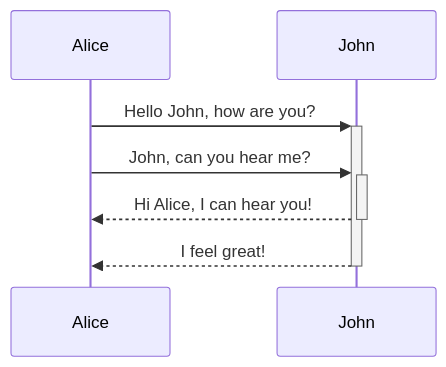
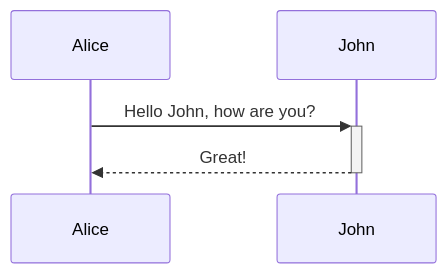
Before and after one commit to WeeBeasties/WeeBeasties.github.io: the diagram in _posts/2018-04-06-Practice-Post.md, drawn with Mermaid.

Commit message:
edit more

```diff
--- a/_posts/2018-04-06-Practice-Post.md
+++ b/_posts/2018-04-06-Practice-Post.md
@@ -26,7 +26,5 @@
 <div class="mermaid">  
 sequenceDiagram
     Alice->>+John: Hello John, how are you?
-    Alice->>+John: John, can you hear me?
-    John-->>-Alice: Hi Alice, I can hear you!
-    John-->>-Alice: I feel great!
+    John-->>-Alice: Great!
 </div>
```
